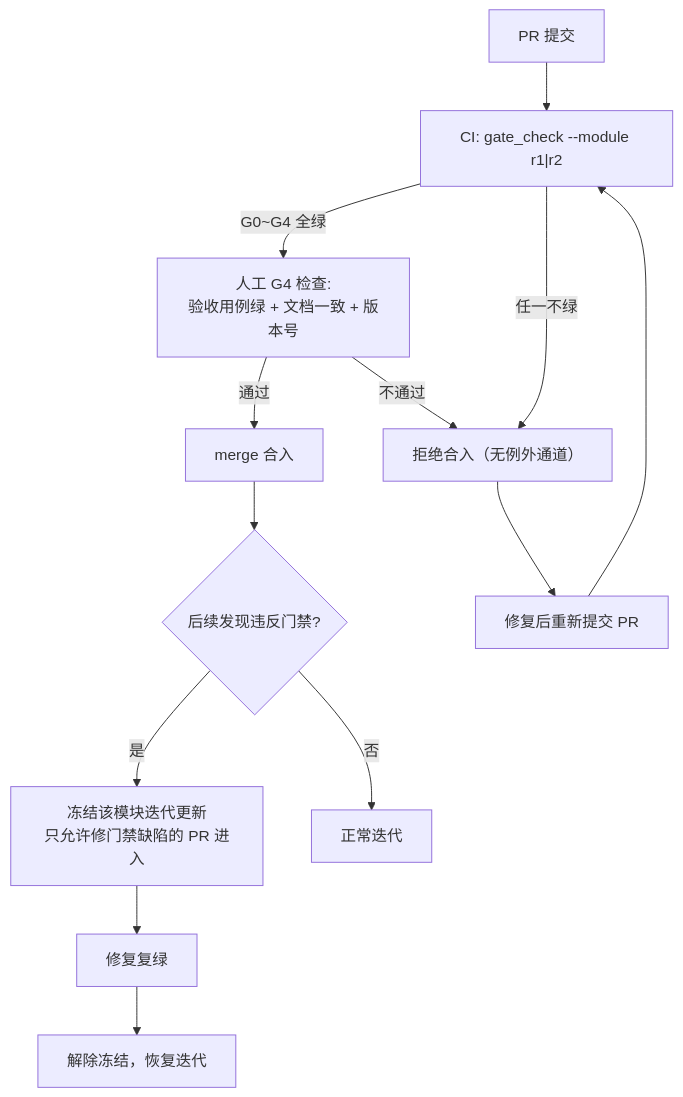
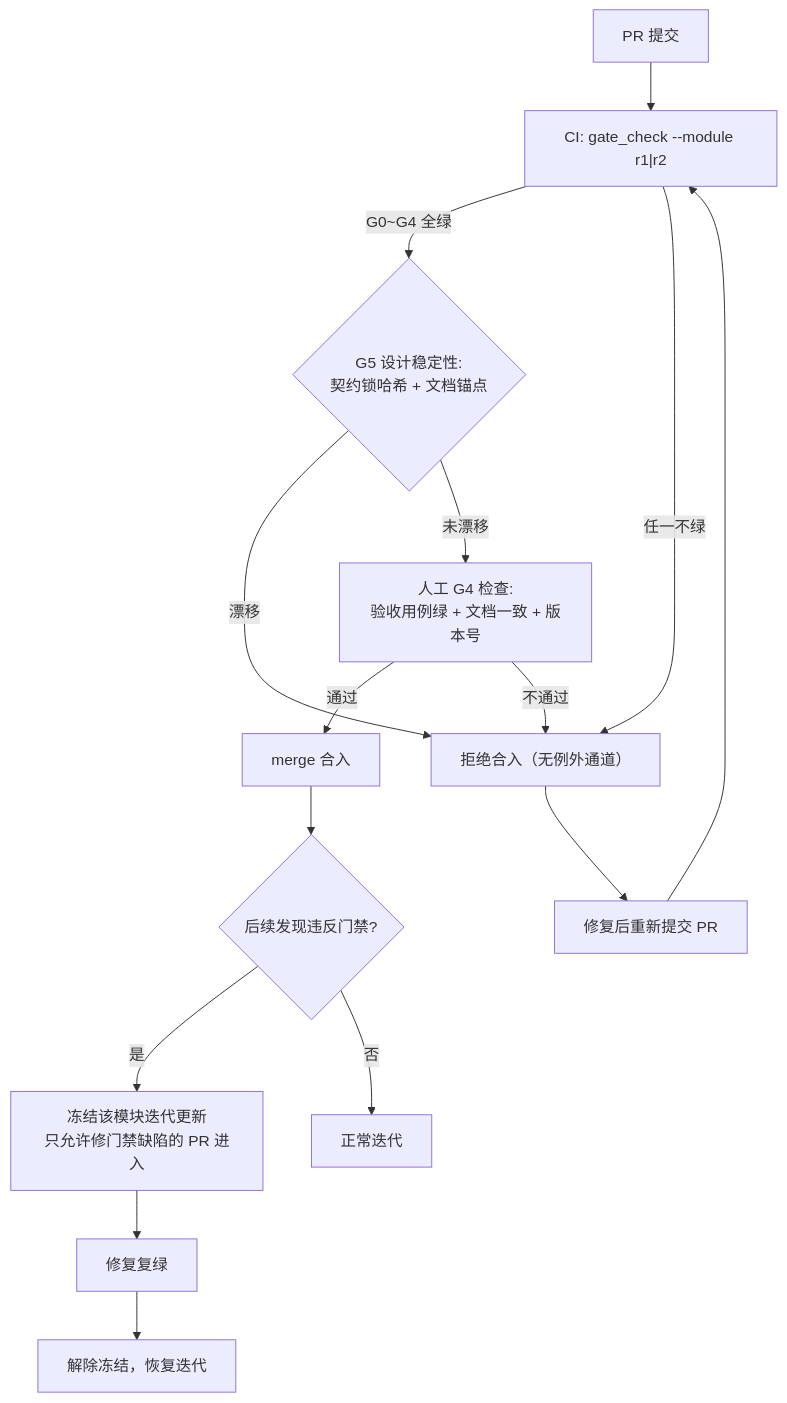
Before and after one commit to sao-lang/lll: the diagram in docs/03-流程与规范/门禁体系.md, drawn with Mermaid. The commit also changed other lines of this file and 38 other files, not shown here.

````diff
--- a/docs/03-流程与规范/门禁体系.md
+++ b/docs/03-流程与规范/门禁体系.md
@@ -17,13 +17,15 @@
 ```mermaid
 flowchart TD
     PR["PR 提交"] --> CI["CI: gate_check --module r1|r2"]
-    CI -->|"G0~G4 全绿"| REV["人工 G4 检查:<br/>验收用例绿 + 文档一致 + 版本号"]
+    CI -->|"G0~G4 全绿"| G5{"G5 设计稳定性:<br/>契约锁哈希 + 文档锚点"}
+    G5 -->|"漂移"| BLOCK
+    G5 -->|"未漂移"| REV["人工 G4 检查:<br/>验收用例绿 + 文档一致 + 版本号"]
     CI -->|"任一不绿"| BLOCK["拒绝合入（无例外通道）"]
     REV -->|"通过"| MERGE["merge 合入"]
     REV -->|"不通过"| BLOCK
     BLOCK --> FIX["修复后重新提交 PR"] --> CI
     MERGE --> LATE{"后续发现违反门禁?"}
     LATE -->|"是"| FREEZE["冻结该模块迭代更新<br/>只允许修门禁缺陷的 PR 进入"]
     FREEZE --> GREEN["修复复绿"] --> UN["解除冻结，恢复迭代"]
     LATE -->|"否"| OK["正常迭代"]
 ```
````
